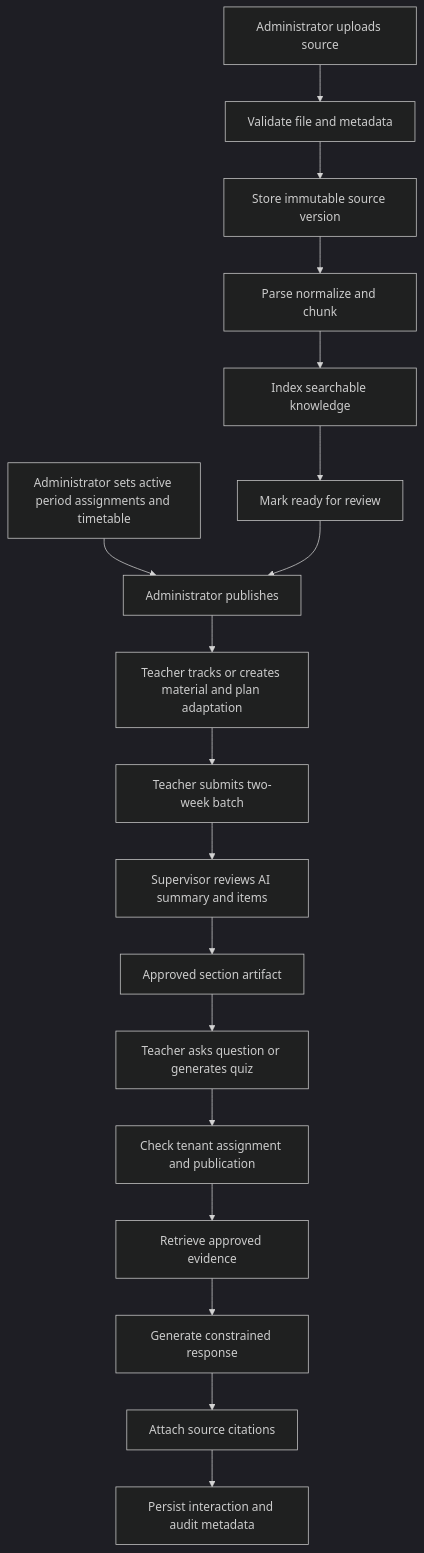
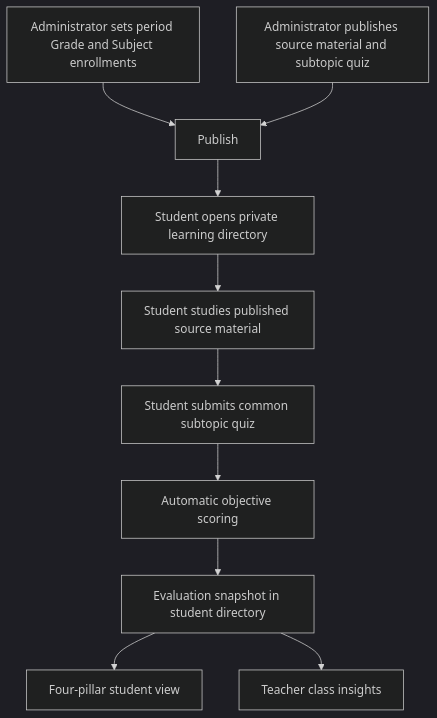
One commit to aushakanuj/education-platform changed the third of 3 diagrams in docs/design/00-abstract-system-view.md. Above: the diagram before and after it, drawn with Mermaid (dark theme). The commit also changed other lines of this file and 12 other files, not shown here.

````diff
--- a/docs/design/00-abstract-system-view.md
+++ b/docs/design/00-abstract-system-view.md
@@ -183,20 +239,12 @@
 ```mermaid
 flowchart TD
-    AdminSetup[Administrator sets active period assignments and timetable] --> Publish
-    AdminUpload[Administrator uploads source] --> Validate[Validate file and metadata]
-    Validate --> Store[Store immutable source version]
-    Store --> Process[Parse normalize and chunk]
-    Process --> Index[Index searchable knowledge]
-    Index --> Ready[Mark ready for review]
-    Ready --> Publish[Administrator publishes]
-    Publish --> TeacherDraft[Teacher tracks or creates material and plan adaptation]
-    TeacherDraft --> Batch[Teacher submits two-week batch]
-    Batch --> Review[Supervisor reviews AI summary and items]
-    Review --> Approved[Approved section artifact]
-    Approved --> TeacherQuestion[Teacher asks question or generates quiz]
-    TeacherQuestion --> Authorize[Check tenant assignment and publication]
-    Authorize --> Retrieve[Retrieve approved evidence]
-    Retrieve --> Generate[Generate constrained response]
-    Generate --> Cite[Attach source citations]
-    Cite --> Persist[Persist interaction and audit metadata]
+    AdminSetup[Administrator sets period Grade and Subject enrollments] --> Publish
+    AdminUpload[Administrator publishes source material and subtopic quiz] --> Publish
+    Publish --> StudentDir[Student opens private learning directory]
+    StudentDir --> Study[Student studies published source material]
+    Study --> Attempt[Student submits common subtopic quiz]
+    Attempt --> Score[Automatic objective scoring]
+    Score --> Snapshot[Evaluation snapshot in student directory]
+    Snapshot --> StudentView[Four-pillar student view]
+    Snapshot --> TeacherView[Teacher class insights]
 ```
````
